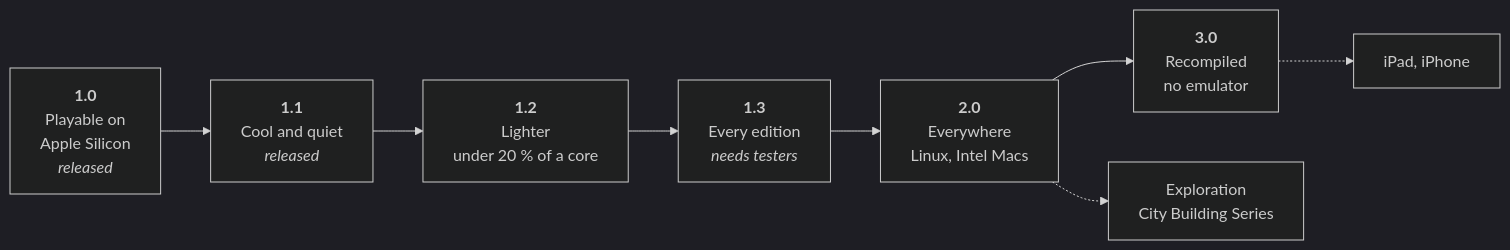
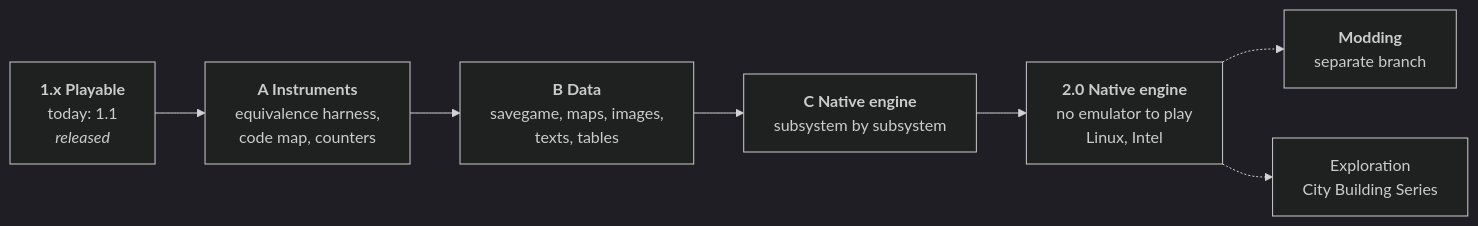
One commit to nic0lasm/zeus-poseidon-arm64 changed the diagram in docs/roadmap.md. Above: the diagram before and after it, drawn with Mermaid (dark theme). The commit also changed other lines of this file and 3 other files, not shown here.

Commit message:
Nouveau plan : moteur natif écrit à la main, par phases (instruments, données, moteur), 2.0 Native engine, modding sur une branche

````diff
--- a/docs/roadmap.md
+++ b/docs/roadmap.md
@@ -11,10 +15,9 @@
 ```mermaid
 flowchart LR
-    A["<b>1.0</b><br/>Playable on<br/>Apple Silicon<br/><i>released</i>"] --> B["<b>1.1</b><br/>Cool and quiet<br/><i>released</i>"]
-    B --> L["<b>1.2</b><br/>Lighter<br/>under 20 % of a core"]
-    L --> C["<b>1.3</b><br/>Every edition<br/><i>needs testers</i>"]
-    C --> D["<b>2.0</b><br/>Everywhere<br/>Linux, Intel Macs"]
-    D --> E["<b>3.0</b><br/>Recompiled<br/>no emulator"]
-    E -.-> F["iPad, iPhone"]
-    D -.-> G["Exploration<br/>City Building Series"]
+    P["<b>1.x Playable</b><br/>today: 1.1<br/><i>released</i>"] --> A["<b>A Instruments</b><br/>equivalence harness,<br/>code map, counters"]
+    A --> D["<b>B Data</b><br/>savegame, maps, images,<br/>texts, tables"]
+    D --> C["<b>C Native engine</b><br/>subsystem by subsystem"]
+    C --> N["<b>2.0 Native engine</b><br/>no emulator to play<br/>Linux, Intel"]
+    N -.-> M["<b>Modding</b><br/>separate branch"]
+    N -.-> X["Exploration<br/>City Building Series"]
 ```
````
